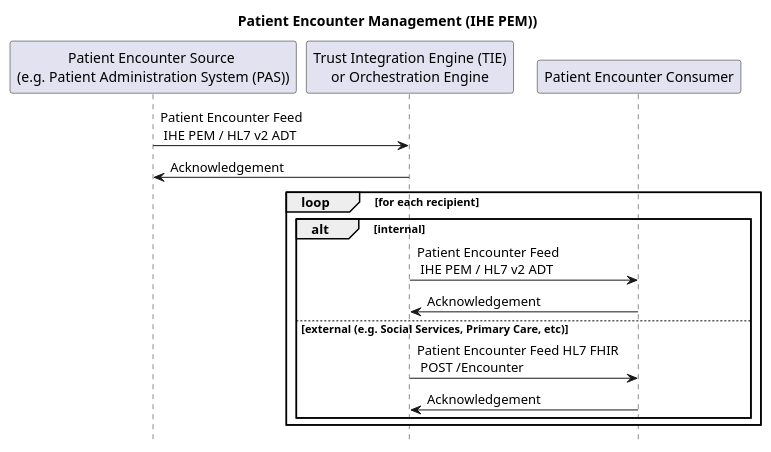
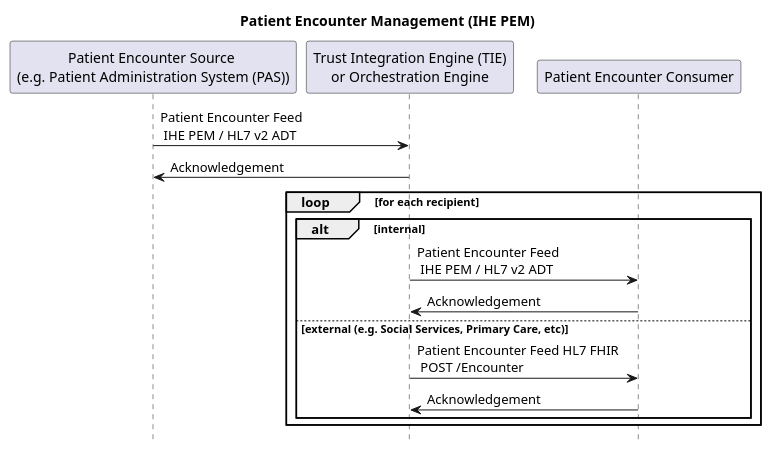
Before and after one commit to NHSDigital/interoperability-standards-documentation: the diagram in input/images-source/patient-encounter-management-sequence-notifications-future.plantuml, drawn with PlantUML. The commit also changed 1190 other files, not shown here.

```diff
--- a/input/images-source/patient-encounter-management-sequence-notifications-future.plantuml
+++ b/input/images-source/patient-encounter-management-sequence-notifications-future.plantuml
@@ -1,25 +1,25 @@
 @startuml
 
 hide footbox
 
-title "Patient Encounter Management (IHE PEM))"
+title "Patient Encounter Management (IHE PEM)"
 
 participant "Patient Encounter Source \n(e.g. Patient Administration System (PAS))" as PEMSource
 participant "Trust Integration Engine (TIE)\nor Orchestration Engine" as PEMManager
 participant "Patient Encounter Consumer" as PEMConsumer
 
 
 PEMSource -> PEMManager : Patient Encounter Feed \n IHE PEM / HL7 v2 ADT
 PEMManager -> PEMSource : Acknowledgement
 loop for each recipient
   alt internal
   PEMManager -> PEMConsumer : Patient Encounter Feed \n IHE PEM / HL7 v2 ADT
   PEMConsumer -> PEMManager : Acknowledgement
   else external (e.g. Social Services, Primary Care, etc)
    PEMManager -> PEMConsumer : Patient Encounter Feed HL7 FHIR \n POST /Encounter
    PEMConsumer -> PEMManager : Acknowledgement
   end
 end
 
 
 @enduml
```
